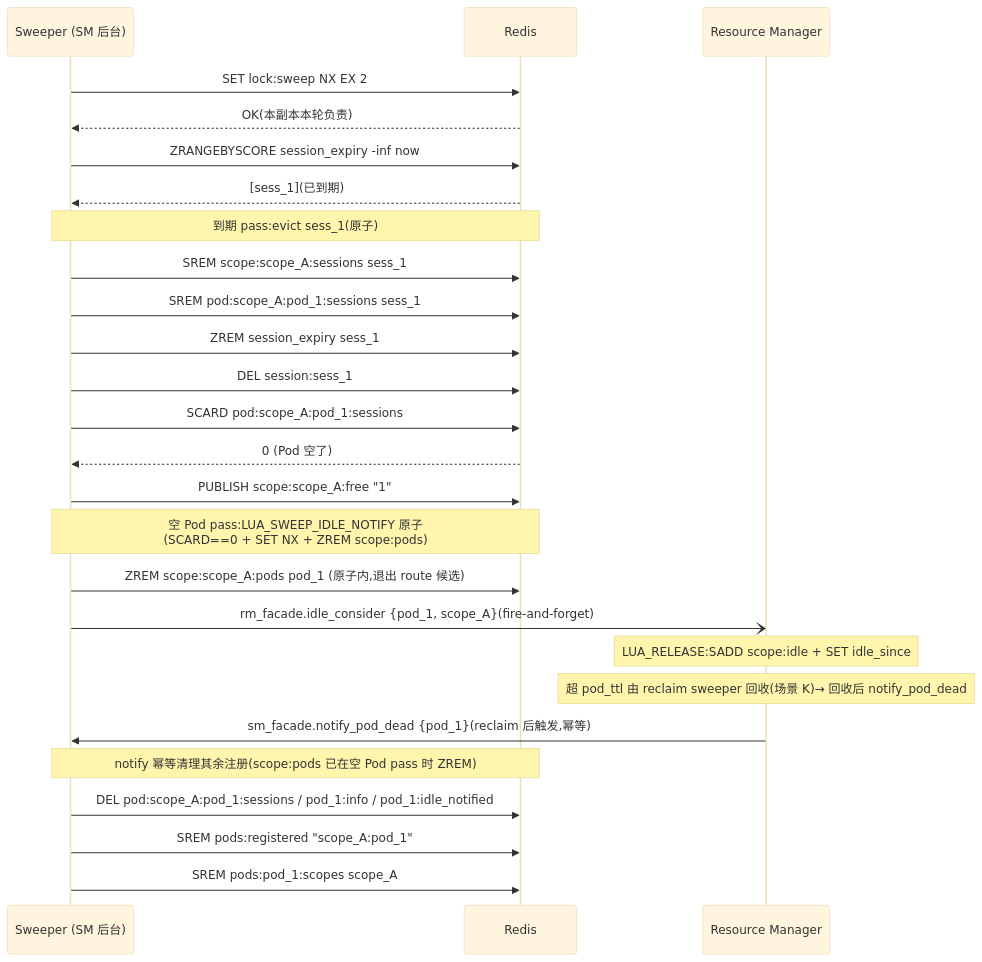
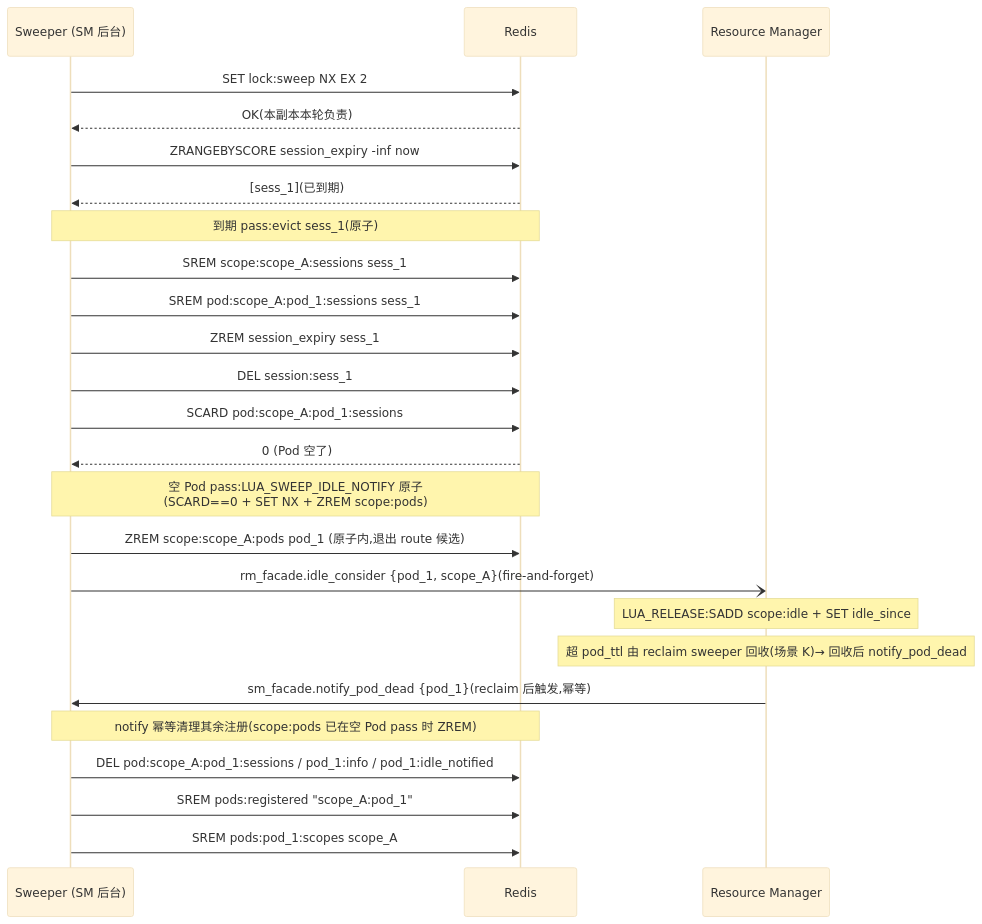
Before and after one commit to openJiuwen-ai/agent-runtime: diagram 11 of 21 in applications/agent_runtime/docs/design/Agent-Runtime-HLD.md, drawn with Mermaid (base theme). The commit also changed other lines of this file and 35 other files, not shown here.

````diff
--- a/applications/agent_runtime/docs/design/Agent-Runtime-HLD.md
+++ b/applications/agent_runtime/docs/design/Agent-Runtime-HLD.md
@@ -883,28 +876,27 @@
 ```mermaid
 sequenceDiagram
     participant SW as Sweeper (SM 后台)
     participant R as Redis
     participant RM as Resource Manager
     SW->>R: SET lock:sweep NX EX 2
     R-->>SW: OK(本副本本轮负责)
     SW->>R: ZRANGEBYSCORE session_expiry -inf now
     R-->>SW: [sess_1](已到期)
     Note over SW,R: 到期 pass:evict sess_1(原子)
     SW->>R: SREM scope:scope_A:sessions sess_1
     SW->>R: SREM pod:scope_A:pod_1:sessions sess_1
     SW->>R: ZREM session_expiry sess_1
     SW->>R: DEL session:sess_1
     SW->>R: SCARD pod:scope_A:pod_1:sessions
     R-->>SW: 0  (Pod 空了)
-    SW->>R: PUBLISH scope:scope_A:free "1"
     Note over SW,R: 空 Pod pass:LUA_SWEEP_IDLE_NOTIFY 原子<br/>(SCARD==0 + SET NX + ZREM scope:pods)
     SW->>R: ZREM scope:scope_A:pods pod_1  (原子内,退出 route 候选)
     SW-)RM: rm_facade.idle_consider {pod_1, scope_A}(fire-and-forget)
     Note over RM: LUA_RELEASE:SADD scope:idle + SET idle_since
     Note over RM: 超 pod_ttl 由 reclaim sweeper 回收(场景 K)→ 回收后 notify_pod_dead
     RM->>SW: sm_facade.notify_pod_dead {pod_1}(reclaim 后触发,幂等)
     Note over SW,R: notify 幂等清理其余注册(scope:pods 已在空 Pod pass 时 ZREM)
     SW->>R: DEL pod:scope_A:pod_1:sessions / pod_1:info / pod_1:idle_notified
     SW->>R: SREM pods:registered "scope_A:pod_1"
     SW->>R: SREM pods:pod_1:scopes scope_A
 ```
````
